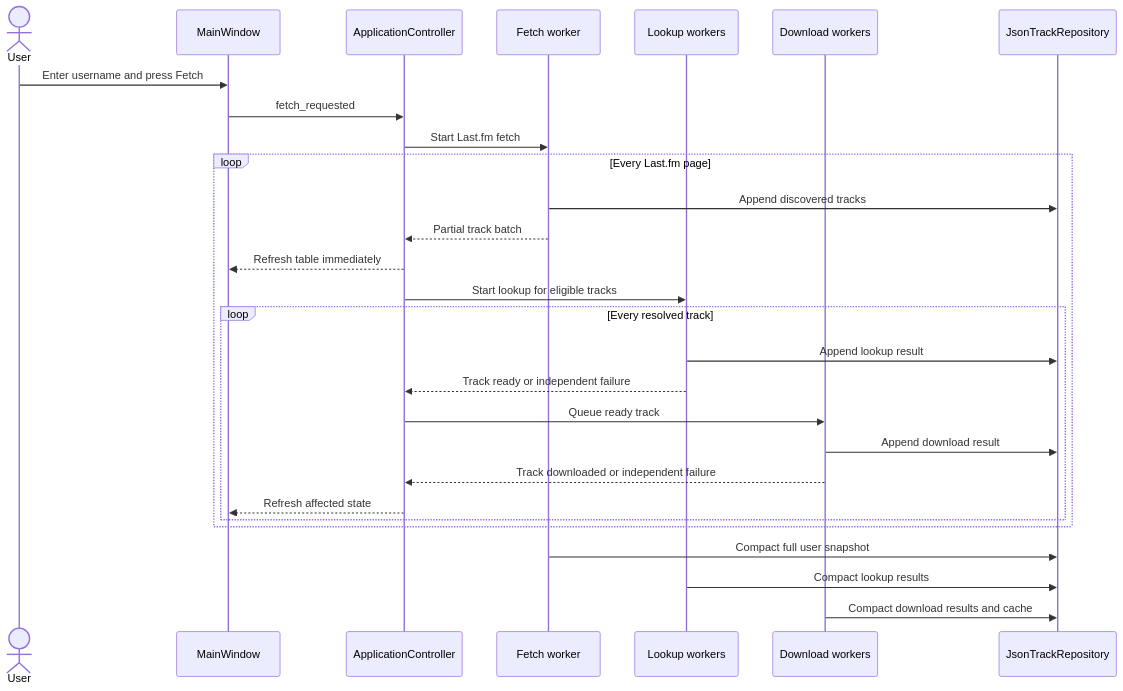
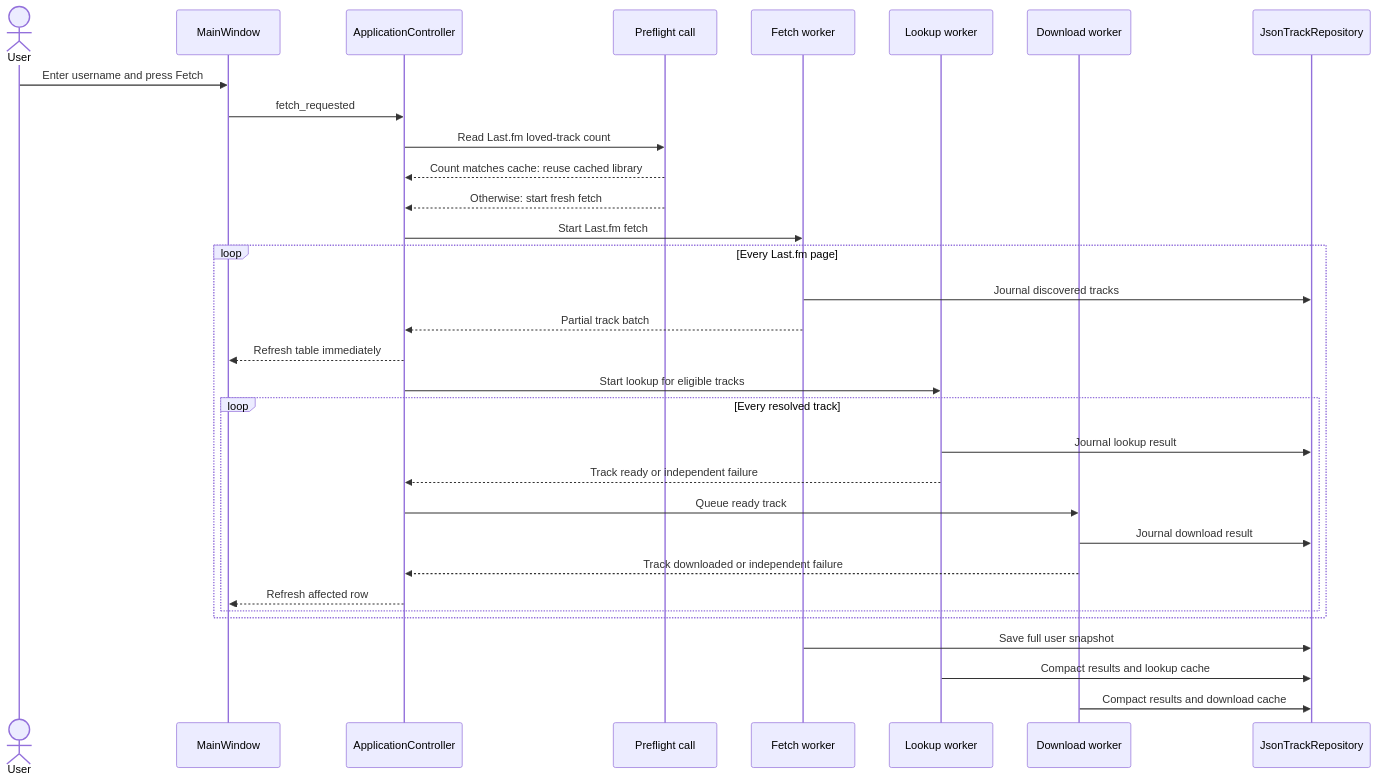
One commit to marcelpetrick/myLastFmPlayer changed the third of 6 diagrams in documents/03_ARCHITECTURE.md. Above: the diagram before and after it, drawn with Mermaid. The commit also changed other lines of this file and 20 other files, not shown here.

First line of the commit message:
docs: review all Markdown, refresh architecture; pin UI construction by snapshots (v0.0.209)

````diff
--- a/documents/03_ARCHITECTURE.md
+++ b/documents/03_ARCHITECTURE.md
@@ -100,31 +121,35 @@
 ```mermaid
 sequenceDiagram
     actor User
     participant UI as MainWindow
     participant C as ApplicationController
+    participant P as Preflight call
     participant F as Fetch worker
-    participant L as Lookup workers
-    participant D as Download workers
+    participant L as Lookup worker
+    participant D as Download worker
     participant R as JsonTrackRepository
 
     User->>UI: Enter username and press Fetch
     UI->>C: fetch_requested
+    C->>P: Read Last.fm loved-track count
+    P-->>C: Count matches cache: reuse cached library
+    P-->>C: Otherwise: start fresh fetch
     C->>F: Start Last.fm fetch
     loop Every Last.fm page
-        F->>R: Append discovered tracks
+        F->>R: Journal discovered tracks
         F-->>C: Partial track batch
         C-->>UI: Refresh table immediately
         C->>L: Start lookup for eligible tracks
         loop Every resolved track
-            L->>R: Append lookup result
+            L->>R: Journal lookup result
             L-->>C: Track ready or independent failure
             C->>D: Queue ready track
-            D->>R: Append download result
+            D->>R: Journal download result
             D-->>C: Track downloaded or independent failure
-            C-->>UI: Refresh affected state
+            C-->>UI: Refresh affected row
         end
     end
-    F->>R: Compact full user snapshot
-    L->>R: Compact lookup results
-    D->>R: Compact download results and cache
+    F->>R: Save full user snapshot
+    L->>R: Compact results and lookup cache
+    D->>R: Compact results and download cache
 ```
````
